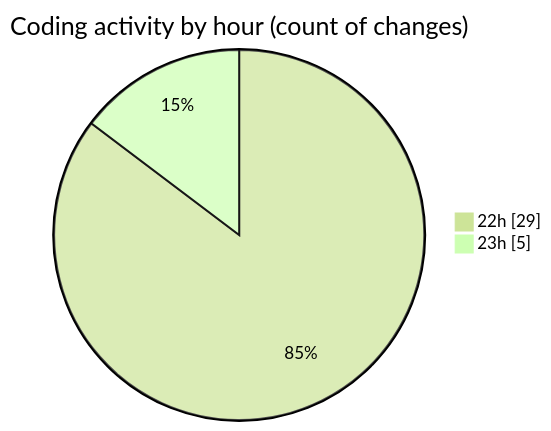
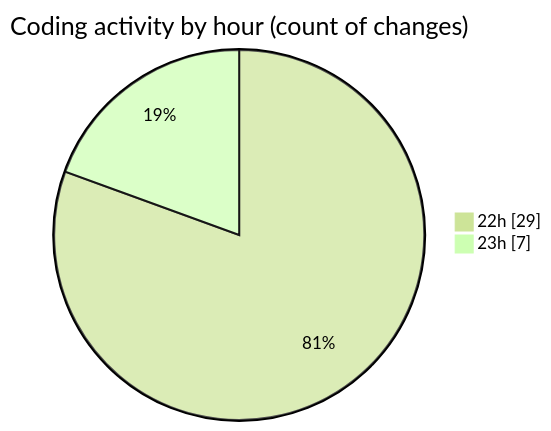
The second of 2 diagrams in 2025-10-19/scopecraft/README.md (Ritupan-Deka/code-tracking), drawn with Mermaid (forest theme) before and after one commit. The commit also changed other lines of this file and 1 other file, not shown here.

````diff
--- a/2025-10-19/scopecraft/README.md
+++ b/2025-10-19/scopecraft/README.md
@@ -32,6 +32,6 @@
 ```mermaid
 pie showData
 title Coding activity by hour (count of changes)
 "22h" : 29
-"23h" : 5
+"23h" : 7
 ```
````
